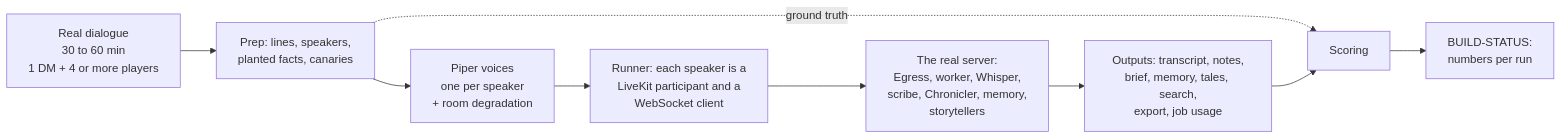
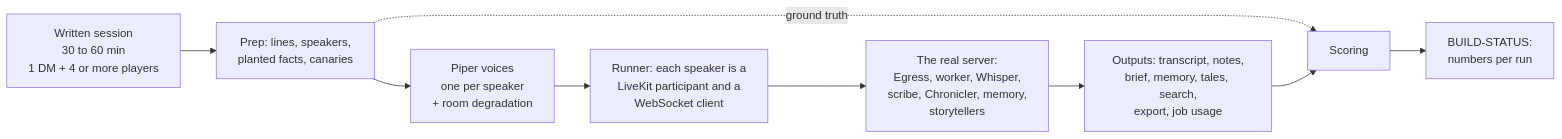
Before and after one commit to AndyProsser/vtt-chat-app: the diagram in docs/architecture/QUALITY-VALIDATION.md, drawn with Mermaid. The commit also changed other lines of this file and 2 other files, not shown here.

Commit message:
docs: record the Stage 13 testing decisions (written session, both machines, no cloud yet, real Linux client)

````diff
--- a/docs/architecture/QUALITY-VALIDATION.md
+++ b/docs/architecture/QUALITY-VALIDATION.md
@@ -13,11 +13,11 @@
 ```mermaid
 flowchart LR
-  D["Real dialogue<br/>30 to 60 min<br/>1 DM + 4 or more players"] --> P["Prep: lines, speakers,<br/>planted facts, canaries"]
+  D["Written session<br/>30 to 60 min<br/>1 DM + 4 or more players"] --> P["Prep: lines, speakers,<br/>planted facts, canaries"]
   P --> V["Piper voices<br/>one per speaker<br/>+ room degradation"]
   V --> R["Runner: each speaker is a<br/>LiveKit participant and a<br/>WebSocket client"]
   R --> S["The real server:<br/>Egress, worker, Whisper,<br/>scribe, Chronicler, memory,<br/>storytellers"]
   S --> O["Outputs: transcript, notes,<br/>brief, memory, tales, search,<br/>export, job usage"]
   P -. ground truth .-> C["Scoring"]
   O --> C
   C --> X["BUILD-STATUS:<br/>numbers per run"]
 ```
````
